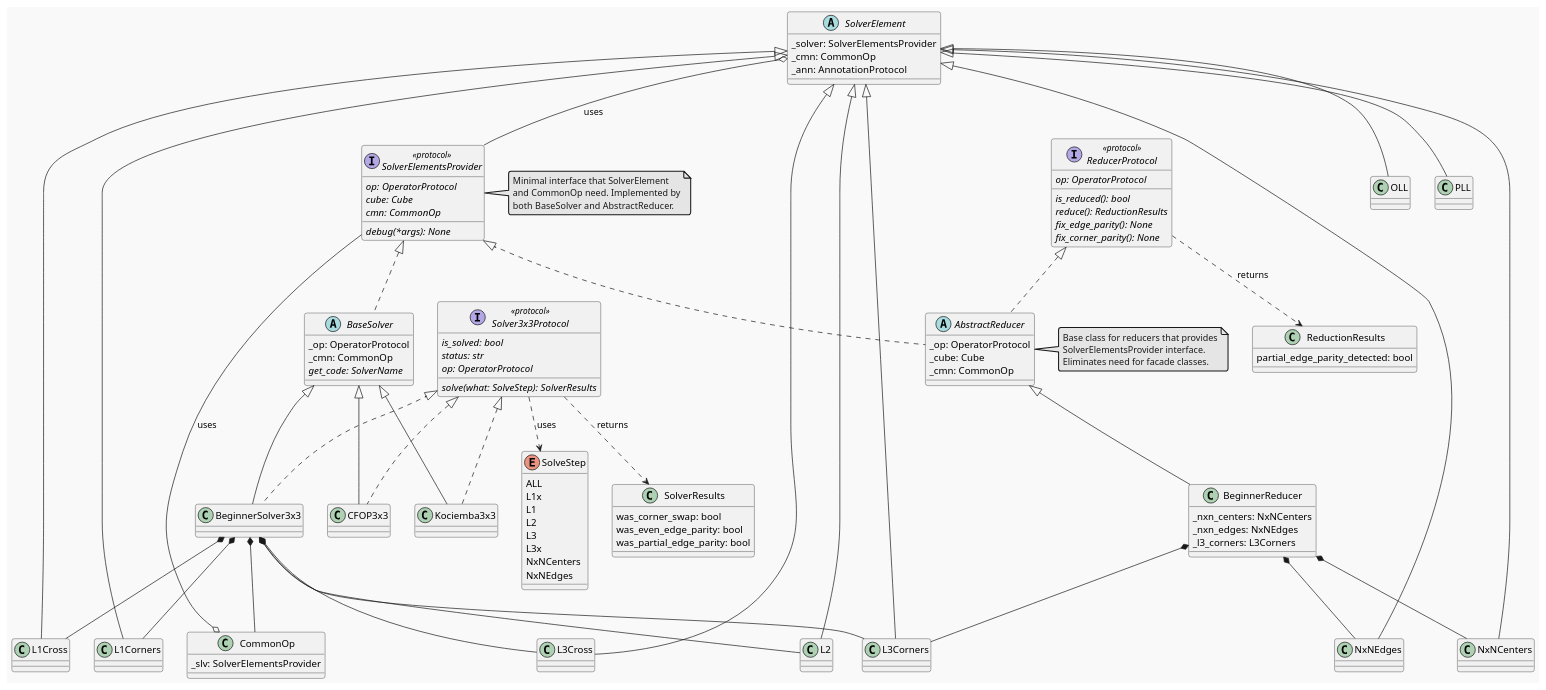
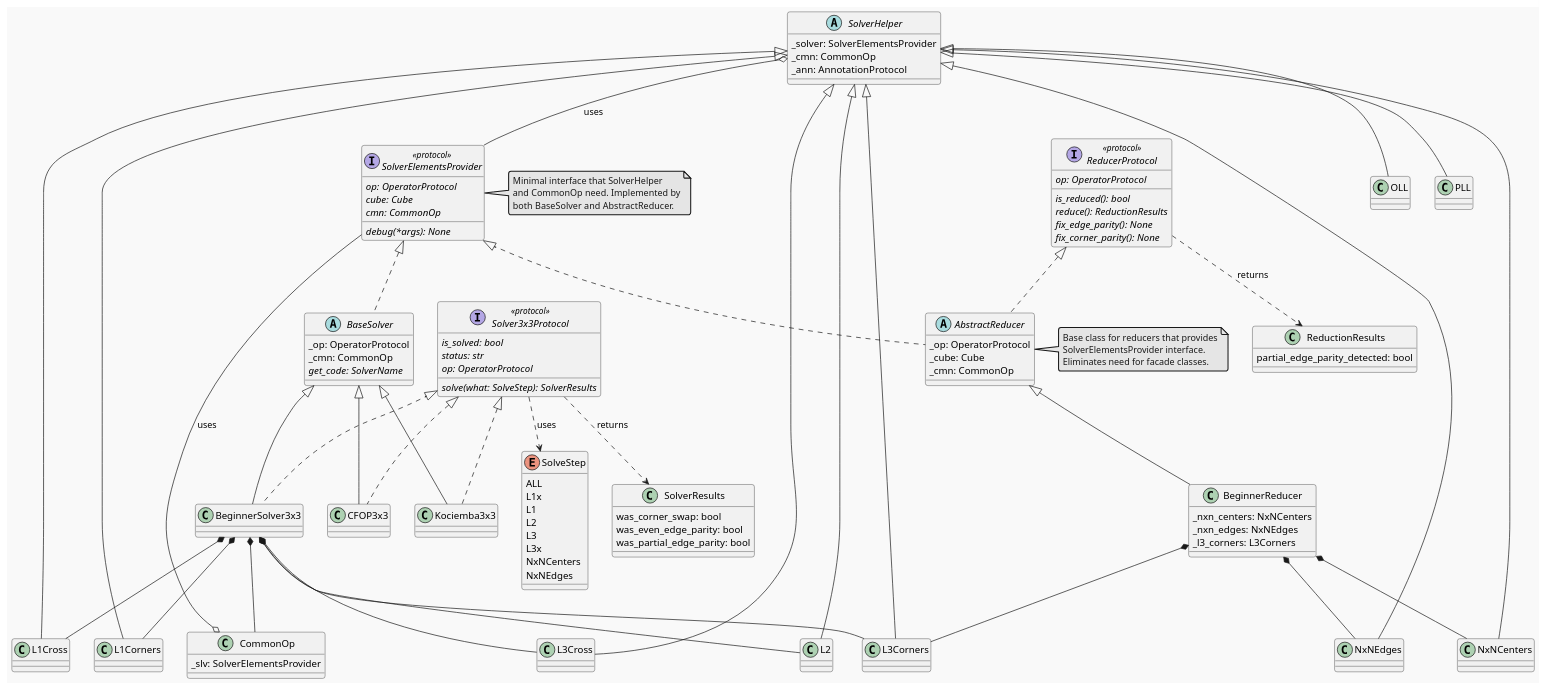
Before and after one commit to boaznahum/cubesolve: the diagram in readme_files/solver.puml, drawn with PlantUML. The commit also changed 36 other files, not shown here.

First line of the commit message:
Rename SolverElement to SolverHelper and add shadow toggle button

```diff
--- a/readme_files/solver.puml
+++ b/readme_files/solver.puml
@@ -1,153 +1,153 @@
 @startuml
 !theme mars
 
 'https://plantuml.com/class-diagram
 
 enum SolveStep {
     ALL
     L1x
     L1
     L2
     L3
     L3x
     NxNCenters
     NxNEdges
 }
 
 class SolverResults {
     was_corner_swap: bool
     was_even_edge_parity: bool
     was_partial_edge_parity: bool
 }
 
 class ReductionResults {
     partial_edge_parity_detected: bool
 }
 
 ' ============ PROTOCOLS ============
 
 interface SolverElementsProvider <<protocol>> {
     {abstract} op: OperatorProtocol
     {abstract} cube: Cube
     {abstract} cmn: CommonOp
     {abstract} debug(*args): None
 }
 
 interface ReducerProtocol <<protocol>> {
     {abstract} op: OperatorProtocol
     {abstract} is_reduced(): bool
     {abstract} reduce(): ReductionResults
     {abstract} fix_edge_parity(): None
     {abstract} fix_corner_parity(): None
 }
 
 interface Solver3x3Protocol <<protocol>> {
     {abstract} solve(what: SolveStep): SolverResults
     {abstract} is_solved: bool
     {abstract} status: str
     {abstract} op: OperatorProtocol
 }
 
 ' ============ SOLVERS ============
 
 abstract class BaseSolver {
     _op: OperatorProtocol
     _cmn: CommonOp
     {abstract} get_code: SolverName
 }
 
 class BeginnerSolver3x3
 class CFOP3x3
 class Kociemba3x3
 
 ' BaseSolver implements SolverElementsProvider
 SolverElementsProvider <|.. BaseSolver
 
 ' Solvers extend BaseSolver
 BaseSolver <|-- BeginnerSolver3x3
 BaseSolver <|-- CFOP3x3
 BaseSolver <|-- Kociemba3x3
 
 Solver3x3Protocol <|.. BeginnerSolver3x3
 Solver3x3Protocol <|.. CFOP3x3
 Solver3x3Protocol <|.. Kociemba3x3
 
 Solver3x3Protocol ..> SolveStep : uses
 Solver3x3Protocol ..> SolverResults : returns
 
 ' ============ REDUCERS ============
 
 abstract class AbstractReducer {
     _op: OperatorProtocol
     _cube: Cube
     _cmn: CommonOp
 }
 
 class BeginnerReducer {
     _nxn_centers: NxNCenters
     _nxn_edges: NxNEdges
     _l3_corners: L3Corners
 }
 
 ' AbstractReducer implements both protocols
 SolverElementsProvider <|.. AbstractReducer
 ReducerProtocol <|.. AbstractReducer
 
 ' BeginnerReducer extends AbstractReducer
 AbstractReducer <|-- BeginnerReducer
 
 ReducerProtocol ..> ReductionResults : returns
 
 ' ============ SOLVER ELEMENTS ============
 
-abstract class SolverElement {
+abstract class SolverHelper {
     _solver: SolverElementsProvider
     _cmn: CommonOp
     _ann: AnnotationProtocol
 }
 
-' SolverElement uses SolverElementsProvider (composition)
-SolverElement o-- SolverElementsProvider : uses
+' SolverHelper uses SolverElementsProvider (composition)
+SolverHelper o-- SolverElementsProvider : uses
 
 class CommonOp {
     _slv: SolverElementsProvider
 }
 
 CommonOp o-- SolverElementsProvider : uses
 
-SolverElement <|-- L1Cross
-SolverElement <|-- L1Corners
-SolverElement <|-- L2
-SolverElement <|-- L3Cross
-SolverElement <|-- L3Corners
-SolverElement <|-- NxNCenters
-SolverElement <|-- NxNEdges
-SolverElement <|-- OLL
-SolverElement <|-- PLL
+SolverHelper <|-- L1Cross
+SolverHelper <|-- L1Corners
+SolverHelper <|-- L2
+SolverHelper <|-- L3Cross
+SolverHelper <|-- L3Corners
+SolverHelper <|-- NxNCenters
+SolverHelper <|-- NxNEdges
+SolverHelper <|-- OLL
+SolverHelper <|-- PLL
 
 ' ============ COMPOSITION ============
 
 BeginnerSolver3x3 *-- CommonOp
 BeginnerSolver3x3 *-- L1Cross
 BeginnerSolver3x3 *-- L1Corners
 BeginnerSolver3x3 *-- L2
 BeginnerSolver3x3 *-- L3Cross
 BeginnerSolver3x3 *-- L3Corners
 
 BeginnerReducer *-- NxNCenters
 BeginnerReducer *-- NxNEdges
 BeginnerReducer *-- L3Corners
 
 note right of SolverElementsProvider
-  Minimal interface that SolverElement
+  Minimal interface that SolverHelper
   and CommonOp need. Implemented by
   both BaseSolver and AbstractReducer.
 end note
 
 note right of AbstractReducer
   Base class for reducers that provides
   SolverElementsProvider interface.
   Eliminates need for facade classes.
 end note
 
 @enduml
```
